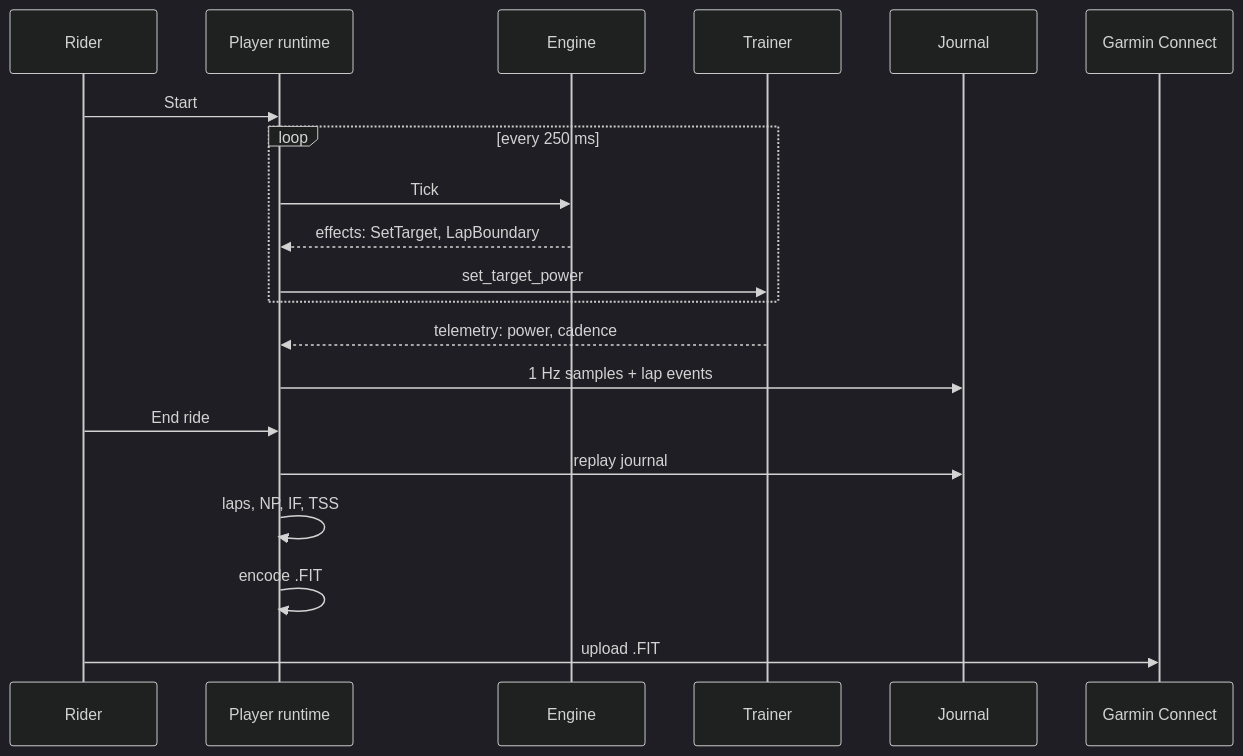
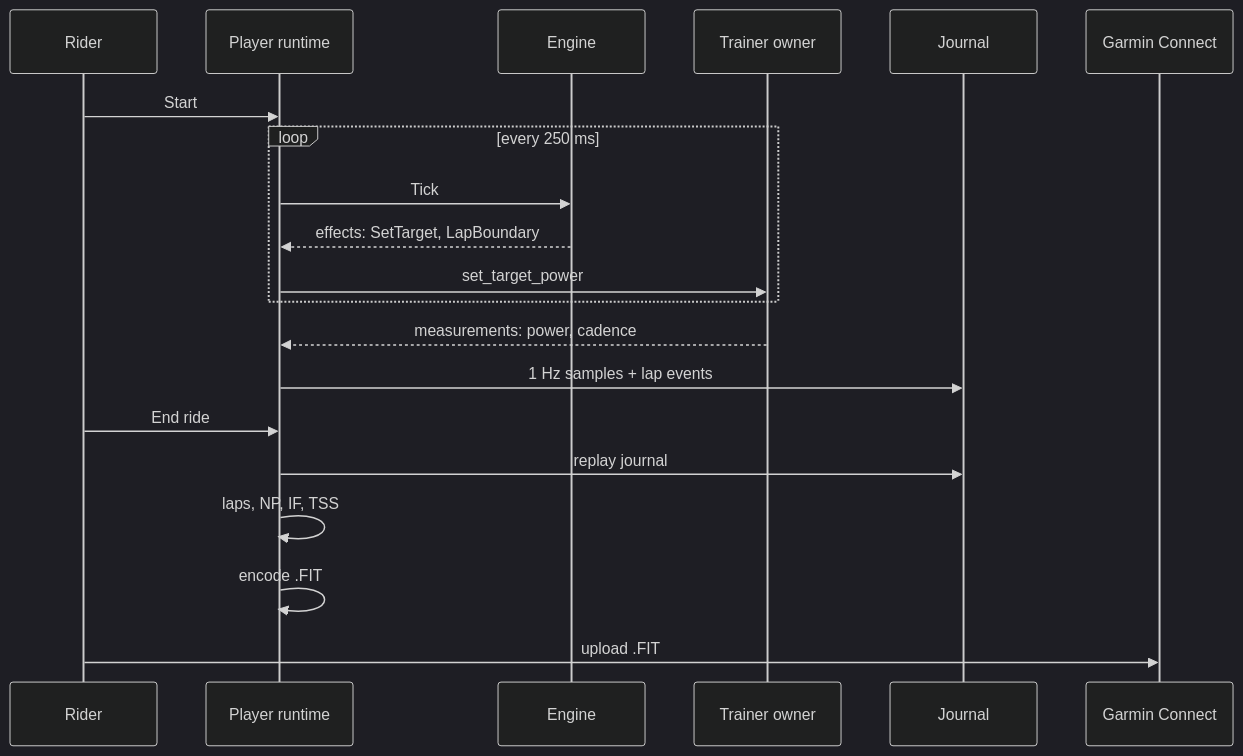
One commit to sergioclemente/TrainerPro changed the third of 3 diagrams in docs/architecture.md. Above: the diagram before and after it, drawn with Mermaid (dark theme). The commit also changed other lines of this file and 27 other files, not shown here.

````diff
--- a/docs/architecture.md
+++ b/docs/architecture.md
@@ -48,23 +90,23 @@
 ```mermaid
 sequenceDiagram
     participant U as Rider
     participant P as Player runtime
     participant E as Engine
-    participant T as Trainer
+    participant T as Trainer owner
     participant J as Journal
     participant G as Garmin Connect
 
     U->>P: Start
     loop every 250 ms
         P->>E: Tick
         E-->>P: effects: SetTarget, LapBoundary
         P->>T: set_target_power
     end
-    T-->>P: telemetry: power, cadence
+    T-->>P: measurements: power, cadence
     P->>J: 1 Hz samples + lap events
     U->>P: End ride
     P->>J: replay journal
     P->>P: laps, NP, IF, TSS
     P->>P: encode .FIT
     U->>G: upload .FIT
 ```
````
